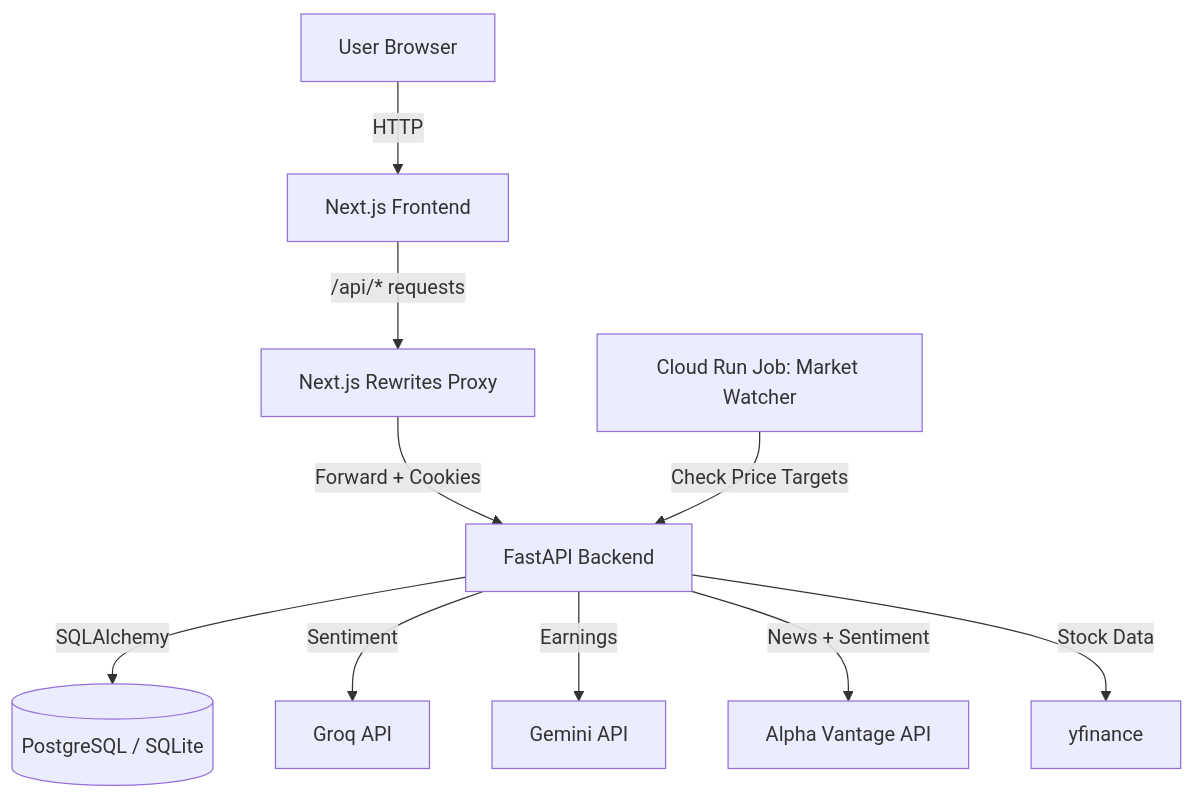
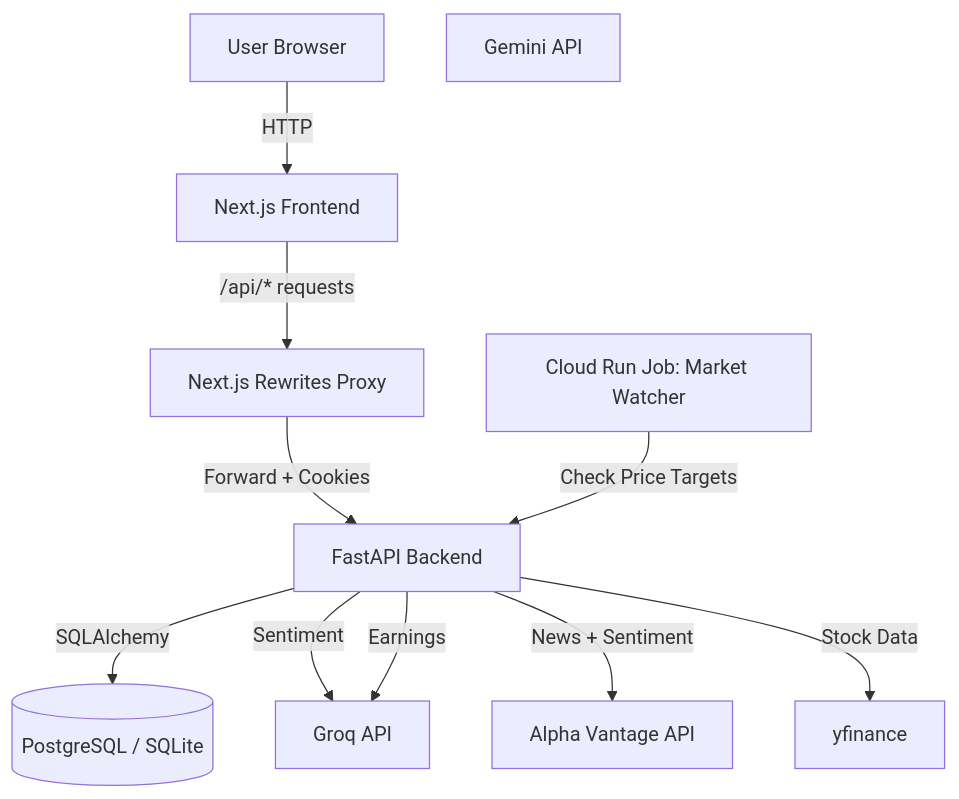
The diagram in docs/ARCHITECTURE.md (vinayakm-93/vinsight), drawn with Mermaid before and after one commit. The commit also changed 10 other files, not shown here.

````diff
--- a/docs/ARCHITECTURE.md
+++ b/docs/ARCHITECTURE.md
@@ -7,23 +7,23 @@
 ```mermaid
 graph TD
     User[User Browser]
     FE[Next.js Frontend]
     Proxy[Next.js Rewrites Proxy]
     BE[FastAPI Backend]
     DB[(PostgreSQL / SQLite)]
     AI1[Groq API]
     AI2[Gemini API]
     AV[Alpha Vantage API]
     Data[yfinance]
     Worker[Cloud Run Job: Market Watcher]
 
     User -->|HTTP| FE
     FE -->|/api/* requests| Proxy
     Proxy -->|Forward + Cookies| BE
     BE -->|SQLAlchemy| DB
     BE -->|Sentiment| AI1
-    BE -->|Earnings| AI2
+    BE -->|Earnings| AI1
     BE -->|News + Sentiment| AV
     BE -->|Stock Data| Data
     Worker -->|Check Price Targets| BE
 ```
````
